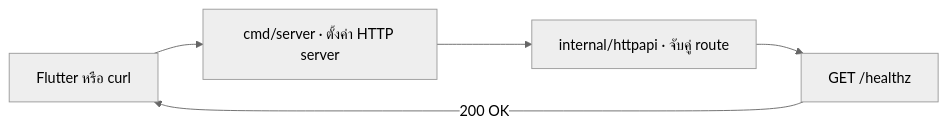
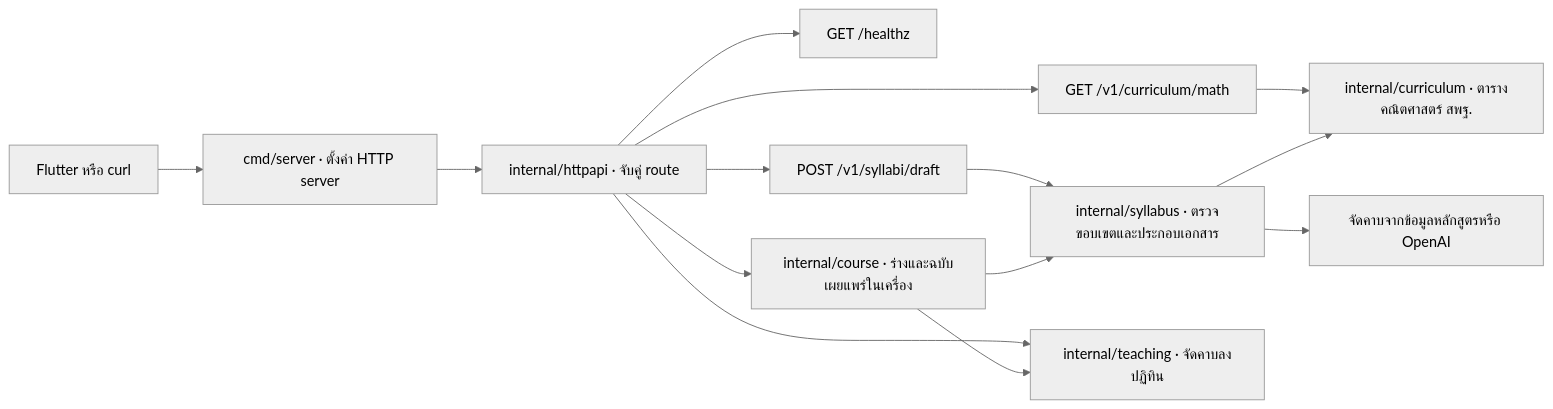
One commit to opsst/PromptLearn changed the diagram in backend/README.md. Above: the diagram before and after it, drawn with Mermaid (neutral theme). The commit also changed other lines of this file and 32 other files, not shown here.

Commit message:
course syllabus

````diff
--- a/backend/README.md
+++ b/backend/README.md
@@ -25,9 +147,23 @@
 ```mermaid
 flowchart LR
     Client["Flutter หรือ curl"]
     Server["cmd/server · ตั้งค่า HTTP server"]
     Router["internal/httpapi · จับคู่ route"]
     Health["GET /healthz"]
+    Curriculum["GET /v1/curriculum/math"]
+    Draft["POST /v1/syllabi/draft"]
+    Syllabus["internal/syllabus · ตรวจขอบเขตและประกอบเอกสาร"]
+    Catalog["internal/curriculum · ตารางคณิตศาสตร์ สพฐ."]
+    Planner["จัดคาบจากข้อมูลหลักสูตรหรือ OpenAI"]
+    Teaching["internal/teaching · จัดคาบลงปฏิทิน"]
+    Store["internal/course · ร่างและฉบับเผยแพร่ในเครื่อง"]
     Client --> Server --> Router --> Health
-    Health -->|200 OK| Client
+    Router --> Curriculum --> Catalog
+    Router --> Draft --> Syllabus
+    Syllabus --> Catalog
+    Syllabus --> Planner
+    Router --> Teaching
+    Router --> Store
+    Store --> Syllabus
+    Store --> Teaching
 ```
````
